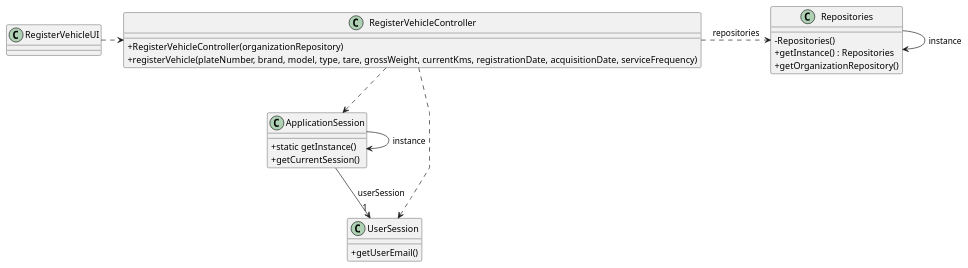
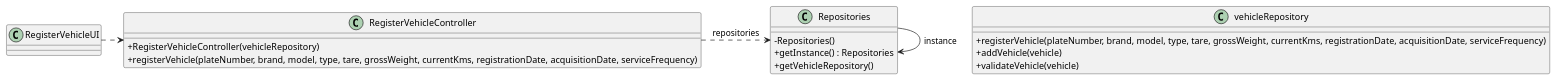
Before and after one commit to diogoveirospro/lei-24-s2-1dg-g072: the diagram in docs/sprintB/us006/03.design/puml/us006-class-diagram.puml, drawn with PlantUML. The commit also changed 3 other files, not shown here.

```diff
--- a/docs/sprintB/us006/03.design/puml/us006-class-diagram.puml
+++ b/docs/sprintB/us006/03.design/puml/us006-class-diagram.puml
@@ -1,51 +1,39 @@
 @startuml
 'skinparam monochrome true
 skinparam packageStyle rectangle
 skinparam shadowing false
 skinparam linetype polyline
 'skinparam linetype orto
 
 skinparam classAttributeIconSize 0
 
 'left to right direction
 
-class ApplicationSession
-{
-    + static getInstance()
-    + getCurrentSession()
-}
-
-class UserSession
-{
-    + getUserEmail()
-}
-
-
 class Repositories {
     - Repositories()
     + getInstance() : Repositories
-    + getOrganizationRepository()
+    + getVehicleRepository()
 }
 
 class RegisterVehicleController {
-    + RegisterVehicleController(organizationRepository)
+    + RegisterVehicleController(vehicleRepository)
     + registerVehicle(plateNumber, brand, model, type, tare, grossWeight, currentKms, registrationDate, acquisitionDate, serviceFrequency)
+}
+
+class vehicleRepository{
+    + registerVehicle(plateNumber, brand, model, type, tare, grossWeight, currentKms, registrationDate, acquisitionDate, serviceFrequency)
+    + addVehicle(vehicle)
+    + validateVehicle(vehicle)
 }
 
 class RegisterVehicleUI {
 }
 
 Repositories -> Repositories : instance
-ApplicationSession -> ApplicationSession : instance
 
 RegisterVehicleUI .> RegisterVehicleController
 
 RegisterVehicleController .> Repositories : repositories
 
 
-ApplicationSession --> "1" UserSession : userSession
-
-RegisterVehicleController ..> ApplicationSession
-RegisterVehicleController ..> UserSession
-
 @enduml
```
